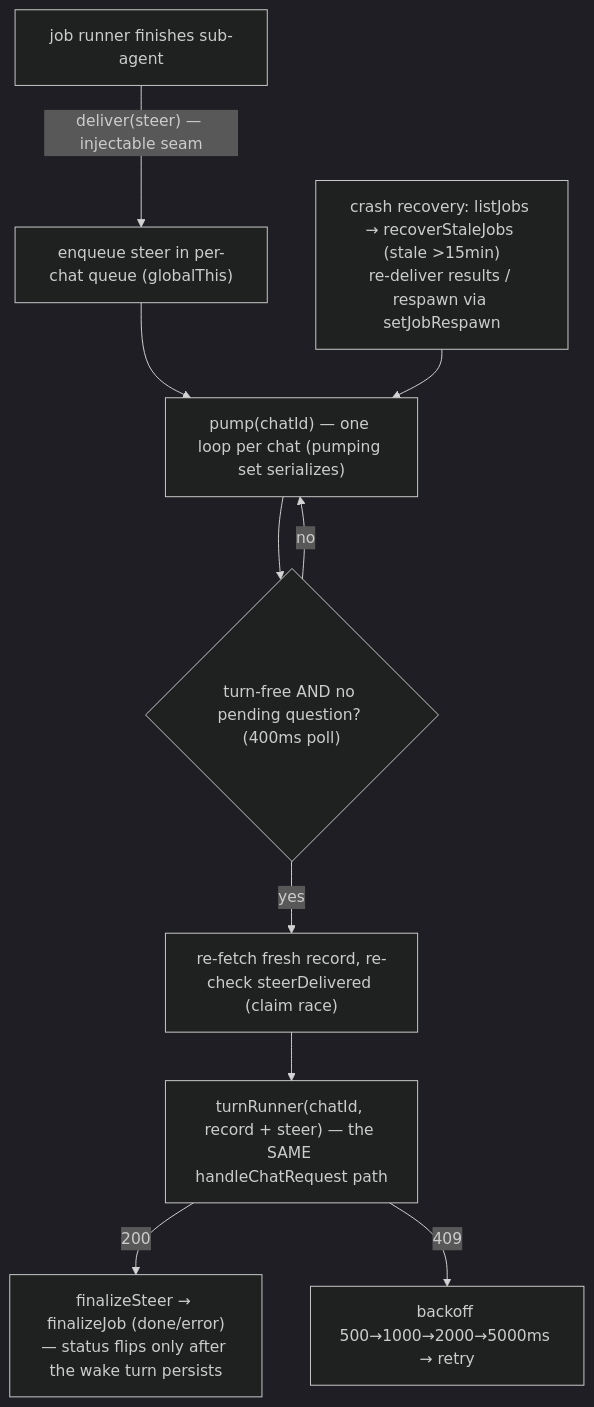
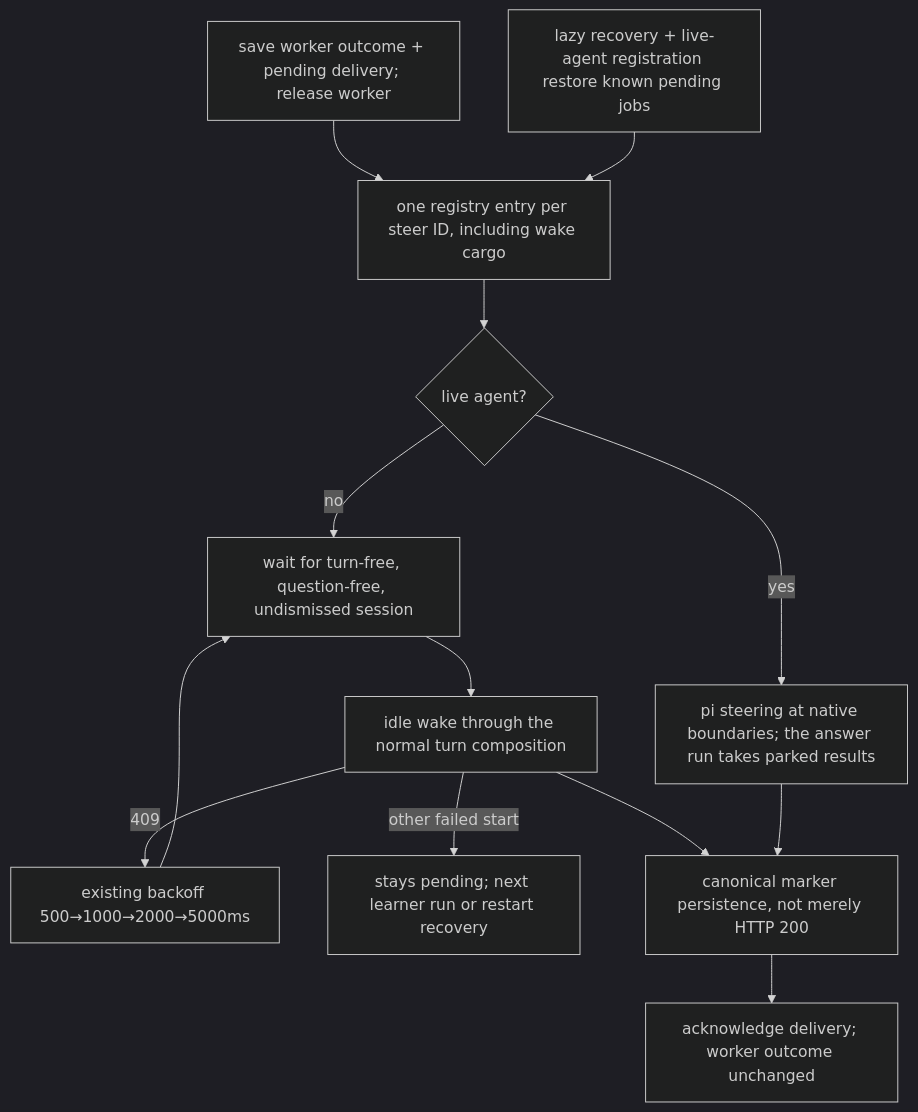
The fifth of 7 diagrams in docs/architecture.md (VileEnd/learnharness), drawn with Mermaid (dark theme) before and after one commit. The commit also changed other lines of this file and 65 other files, not shown here.

First line of the commit message:
Upstream sync: SVG isolation, turn recovery, math presentation, durable job delivery (0.20.0) (#43)

````diff
--- a/docs/architecture.md
+++ b/docs/architecture.md
@@ -317,12 +319,15 @@
 ```mermaid
 flowchart TB
-    R["job runner finishes sub-agent"] -->|"deliver(steer) — injectable seam"| ENQ["enqueue steer in per-chat queue (globalThis)"]
-    ENQ --> PUMP["pump(chatId) — one loop per chat (pumping set serializes)"]
-    PUMP --> GATE{"turn-free AND no pending question? (400ms poll)"}
-    GATE -->|no| PUMP
-    GATE -->|yes| REFRESH["re-fetch fresh record, re-check steerDelivered (claim race)"]
-    REFRESH --> RUN["turnRunner(chatId, record + steer) — the SAME handleChatRequest path"]
-    RUN -->|"200"| FIN["finalizeSteer → finalizeJob (done/error)<br/>— status flips only after the wake turn persists"]
-    RUN -->|"409"| BACKOFF["backoff 500→1000→2000→5000ms → retry"]
-    CRASH["crash recovery: listJobs → recoverStaleJobs (stale >15min)<br/>re-deliver results / respawn via setJobRespawn"] --> PUMP
+    R["save worker outcome + pending delivery; release worker"] --> ENQ["one registry entry per steer ID, including wake cargo"]
+    ENQ --> LIVE{"live agent?"}
+    LIVE -->|yes| STEER["pi steering at native boundaries; the answer run takes parked results"]
+    LIVE -->|no| GATE["wait for turn-free, question-free, undismissed session"]
+    GATE --> RUN["idle wake through the normal turn composition"]
+    RUN -->|"409"| BACKOFF["existing backoff 500→1000→2000→5000ms"]
+    BACKOFF --> GATE
+    RUN -->|"other failed start"| QUIET["stays pending; next learner run or restart recovery"]
+    RUN --> SAVE["canonical marker persistence, not merely HTTP 200"]
+    STEER --> SAVE
+    SAVE --> FIN["acknowledge delivery; worker outcome unchanged"]
+    CRASH["lazy recovery + live-agent registration restore known pending jobs"] --> ENQ
 ```
````
